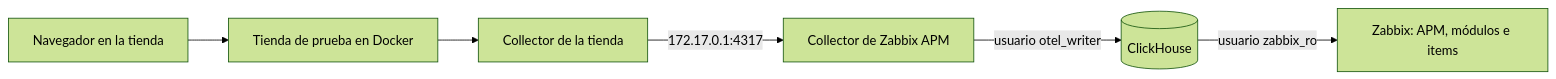
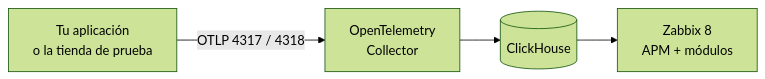
Before and after one commit to SimonLexRS/zabbix-apm-dashboard: the diagram in docs/guia-ubuntu-paso-a-paso.md, drawn with Mermaid (forest theme). The commit also changed other lines of this file and 15 other files, not shown here.

````diff
--- a/docs/guia-ubuntu-paso-a-paso.md
+++ b/docs/guia-ubuntu-paso-a-paso.md
@@ -11,8 +7,6 @@
 ```mermaid
 flowchart LR
-    W["Navegador en la tienda"] --> S["Tienda de prueba en Docker"]
-    S --> DC["Collector de la tienda"]
-    DC -->|"172.17.0.1:4317"| C["Collector de Zabbix APM"]
-    C -->|"usuario otel_writer"| H[("ClickHouse")]
-    H -->|"usuario zabbix_ro"| Z["Zabbix: APM, módulos e items"]
+    A["Tu aplicación<br>o la tienda de prueba"] -->|"OTLP 4317 / 4318"| C["OpenTelemetry<br>Collector"]
+    C --> H[("ClickHouse")]
+    H --> Z["Zabbix 8<br>APM + módulos"]
 ```
````
